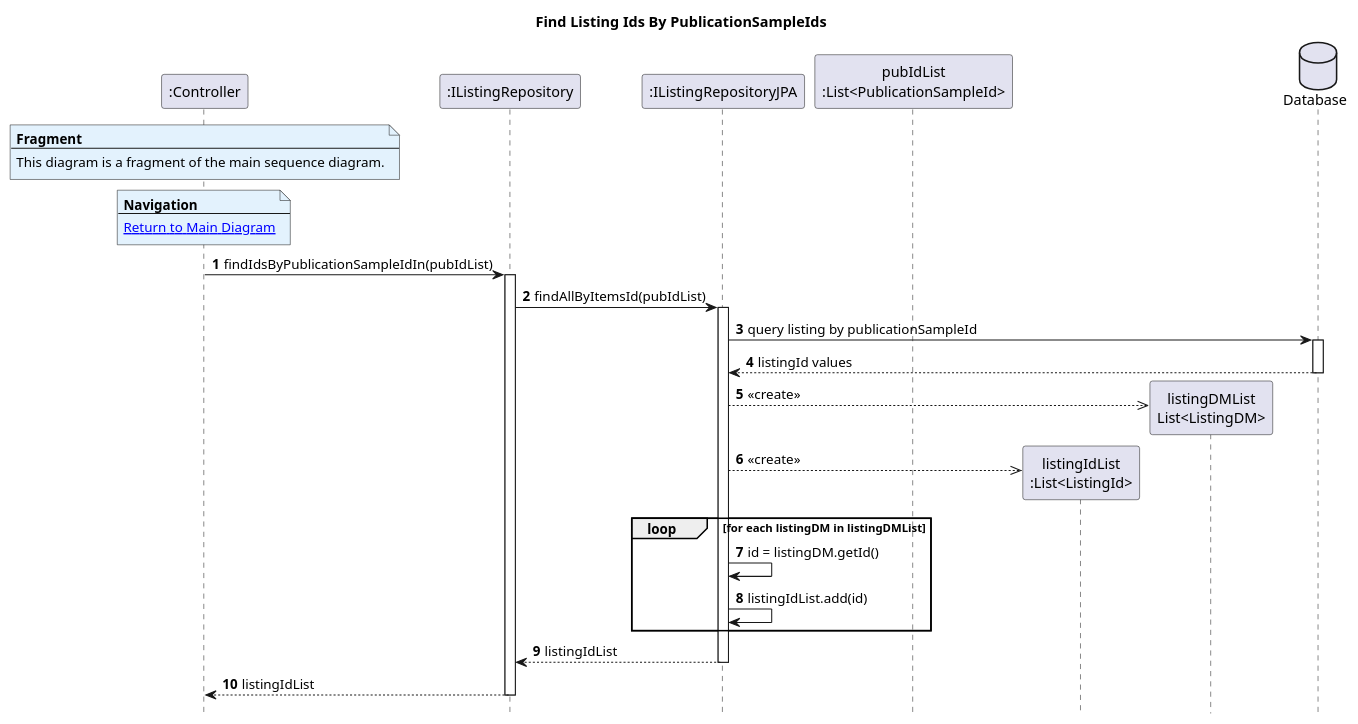
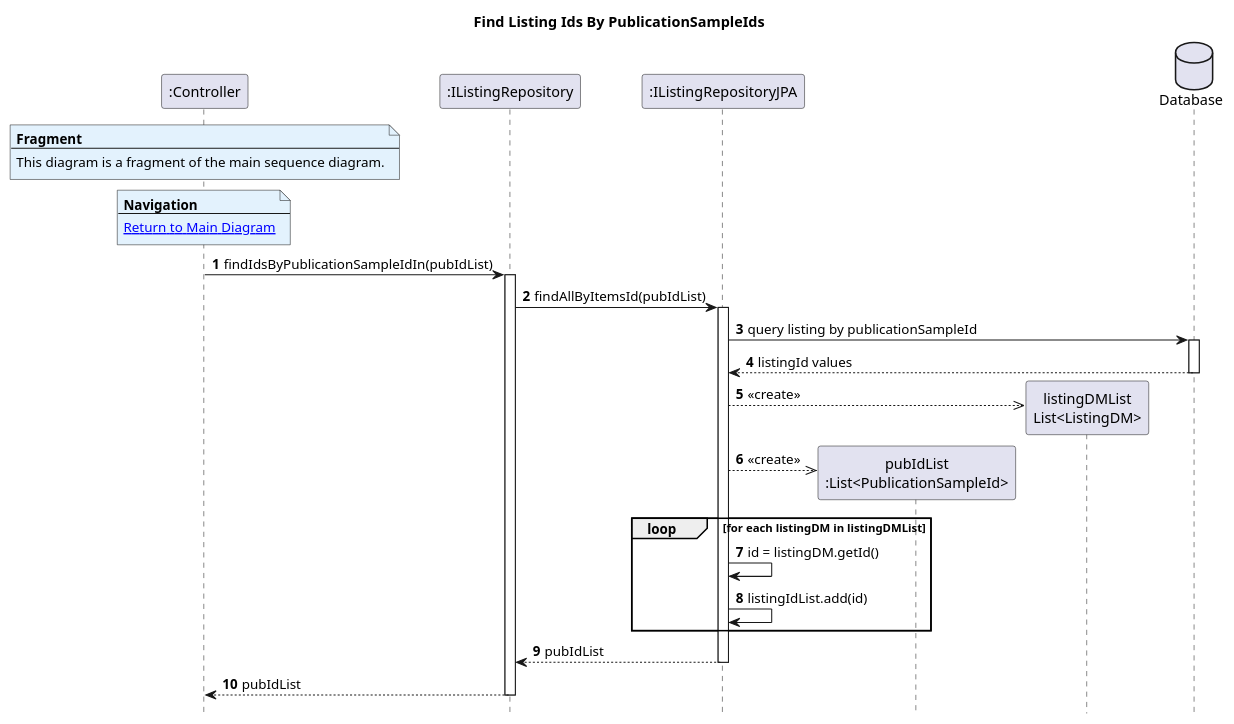
One commit to AndrePereiraGitH/SWitCH-Project-Team_A changed the diagram in Diagrams/SequenceDiagrams/N2/To-get-list-of-items-in-auction-of-a-given-author/5.FindListingIdsByPublicationSampleIds.puml. Above: the diagram before and after it, drawn with PlantUML. The commit also changed 4 other files, not shown here.

```diff
--- a/Diagrams/SequenceDiagrams/N2/To-get-list-of-items-in-auction-of-a-given-author/5.FindListingIdsByPublicationSampleIds.puml
+++ b/Diagrams/SequenceDiagrams/N2/To-get-list-of-items-in-auction-of-a-given-author/5.FindListingIdsByPublicationSampleIds.puml
@@ -1,54 +1,54 @@
 @startuml
 hide footbox
 autonumber
 title Find Listing Ids By PublicationSampleIds
 
 participant ":Controller" as Ctrl
 participant ":IListingRepository" as listingRepo
 participant ":IListingRepositoryJPA" as listingRepoJPA
 participant "pubIdList\n:List<PublicationSampleId>" as pubIdList
-participant "listingIdList\n:List<ListingId>" as listingIdList
+participant "listingIdList\n:List<ListingId>" as pubIdList
 participant "listingDMList\nList<ListingDM>" as listingDMList
 
 database "Database" as db
 
 note over Ctrl #E3F2FD
 <b>Fragment</b>
 ---
 This diagram is a fragment of the main sequence diagram.
 end note
 
 note over Ctrl #E3F2FD
 <b>Navigation</b>
 ---
 [[1.MainDiagram.puml Return to Main Diagram]]
 end note
 
 Ctrl -> listingRepo : findIdsByPublicationSampleIdIn(pubIdList)
 activate listingRepo
 
 listingRepo -> listingRepoJPA : findAllByItemsId(pubIdList)
 activate listingRepoJPA
 
 listingRepoJPA -> db : query listing by publicationSampleId
 activate db
 db --> listingRepoJPA : listingId values
 deactivate db
 
 listingRepoJPA -->> listingDMList** : <<create>>
 
-listingRepoJPA -->> listingIdList ** : <<create>>
+listingRepoJPA -->> pubIdList ** : <<create>>
 
 loop for each listingDM in listingDMList
 listingRepoJPA -> listingRepoJPA : id = listingDM.getId()
 listingRepoJPA -> listingRepoJPA : listingIdList.add(id)
 
 end loop
 
-listingRepoJPA --> listingRepo : listingIdList
+listingRepoJPA --> listingRepo : pubIdList
 deactivate listingRepoJPA
 
-listingRepo --> Ctrl : listingIdList
+listingRepo --> Ctrl : pubIdList
 deactivate listingRepo
 
 @enduml
```
